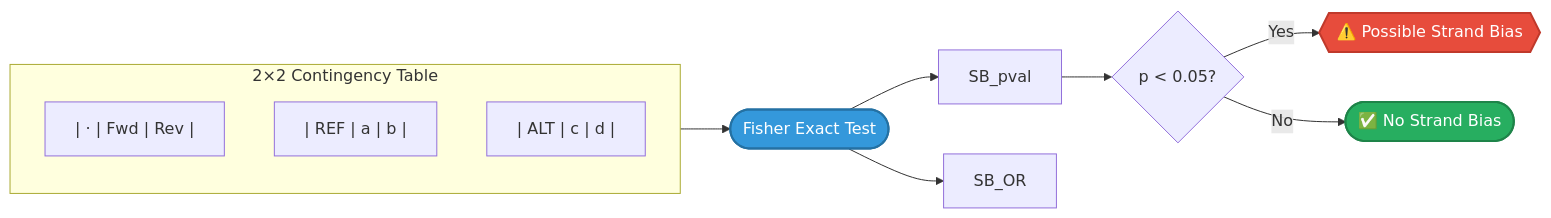
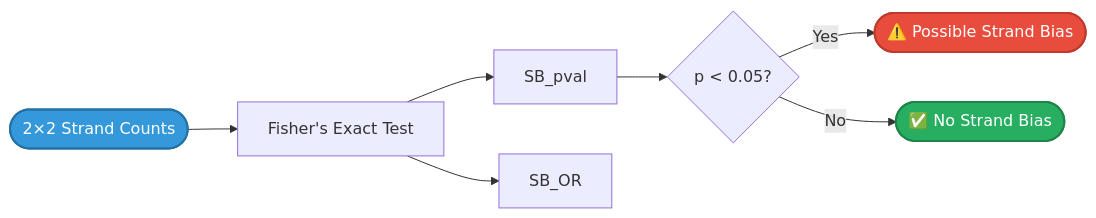
Before and after one commit to msk-access/gbcms: the fifth of 5 diagrams in docs/reference/counting-metrics.md, drawn with Mermaid. The commit also changed other lines of this file and 2 other files, not shown here.

First line of the commit message:
docs: batch 1+2 mermaid diagram improvements

````diff
--- a/docs/reference/counting-metrics.md
+++ b/docs/reference/counting-metrics.md
@@ -151,21 +179,13 @@
 ```mermaid
 flowchart LR
-    subgraph Table ["2×2 Contingency Table"]
-        direction TB
-        Header["| · | Fwd | Rev |"]
-        RefRow["| REF | a | b |"]
-        AltRow["| ALT | c | d |"]
-    end
+    Counts(["2×2 Strand Counts"]):::start --> Fisher["Fisher's Exact Test"]
+    Fisher --> PVal["SB_pval"]
+    Fisher --> OR["SB_OR"]
+    PVal --> Interp{"p < 0.05?"}
+    Interp -->|Yes| Bias(["⚠️ Possible Strand Bias"]):::warn
+    Interp -->|No| NoBias(["✅ No Strand Bias"]):::pass
 
-    Table --> Fisher([Fisher Exact Test]):::test
-    Fisher --> Pval[SB_pval]
-    Fisher --> OR[SB_OR]
-
-    Pval --> Interpret{p < 0.05?}
-    Interpret -->|Yes| Bias{{⚠️ Possible Strand Bias}}:::warn
-    Interpret -->|No| NoBias([✅ No Strand Bias]):::pass
-
-    classDef test fill:#3498db,color:#fff,stroke:#2471a3,stroke-width:2px;
+    classDef start fill:#3498db,color:#fff,stroke:#2471a3,stroke-width:2px;
     classDef warn fill:#e74c3c,color:#fff,stroke:#c0392b,stroke-width:2px;
     classDef pass fill:#27ae60,color:#fff,stroke:#1e8449,stroke-width:2px;
 ```
````
